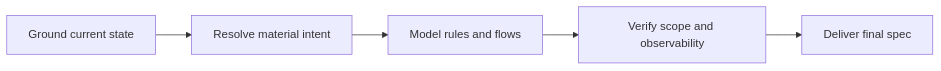
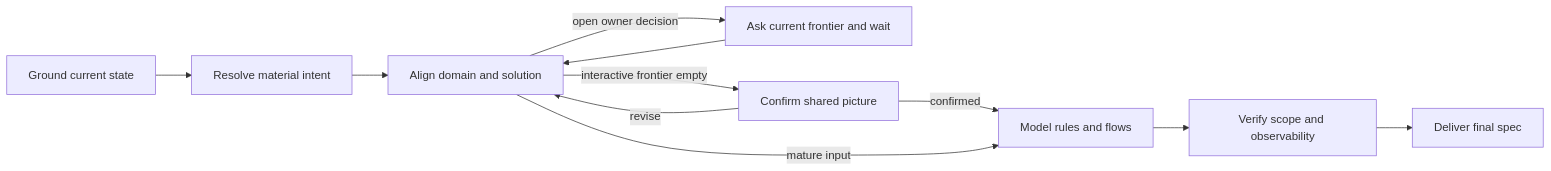
Before and after one commit to yvp-core/coredoc-workflows: the diagram in plugins/coredoc-workflows/skills/coredoc-spec/SKILL.md, drawn with Mermaid. The commit also changed other lines of this file and 18 other files, not shown here.

````diff
--- a/plugins/coredoc-workflows/skills/coredoc-spec/SKILL.md
+++ b/plugins/coredoc-workflows/skills/coredoc-spec/SKILL.md
@@ -94,7 +94,13 @@
 ```mermaid
 flowchart LR
   G[Ground current state] --> I[Resolve material intent]
-  I --> M[Model rules and flows]
+  I --> A[Align domain and solution]
+  A -->|open owner decision| Q[Ask current frontier and wait]
+  Q --> A
+  A -->|interactive frontier empty| C[Confirm shared picture]
+  C -->|revise| A
+  C -->|confirmed| M[Model rules and flows]
+  A -->|mature input| M
   M --> V[Verify scope and observability]
   V --> D[Deliver final spec]
 ```
````
